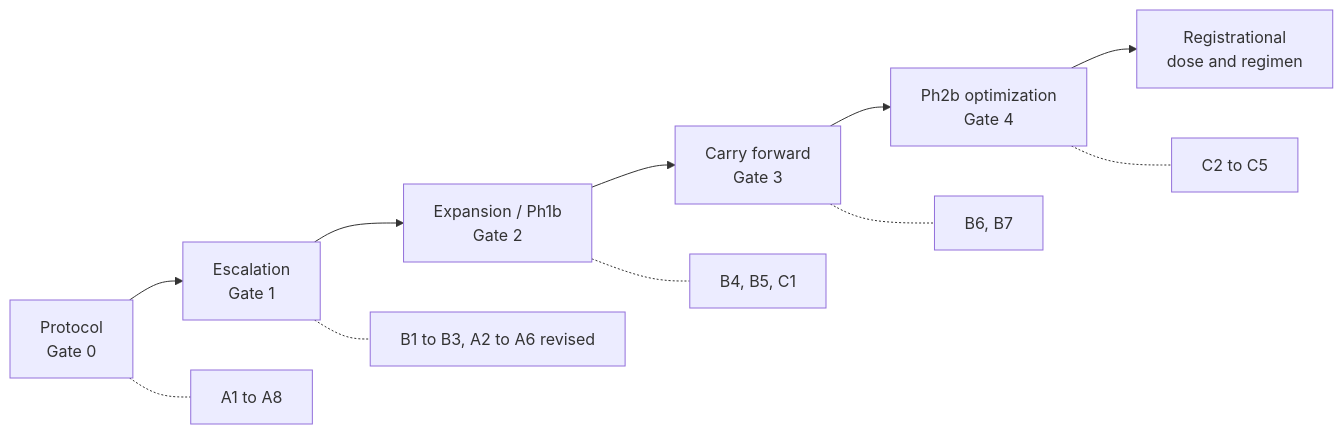
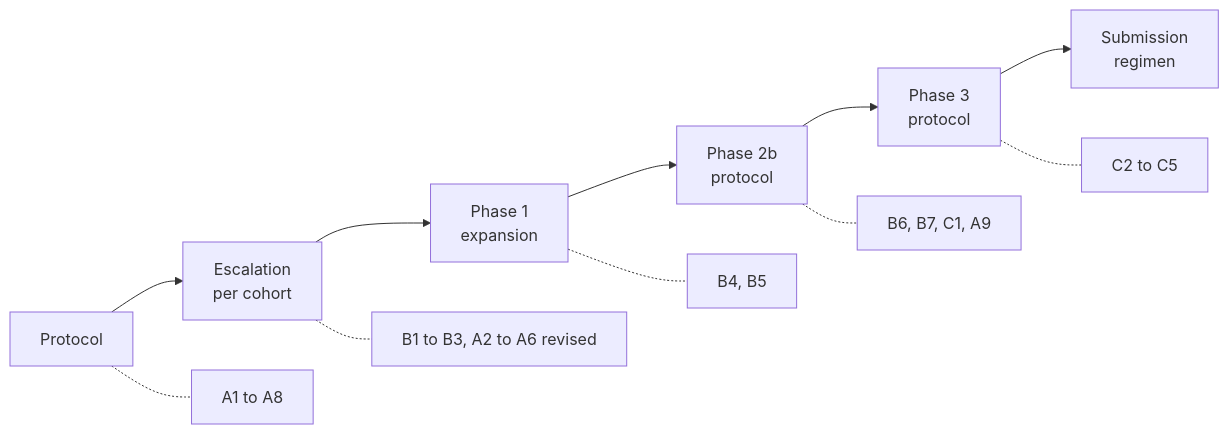
Before and after one commit to iamstein/TrinityMetrics: the diagram in projects/tce-dose-finding-strategy/specification.qmd, drawn with Mermaid. The commit also changed other lines of this file and 7 other files, not shown here.

````diff
--- a/projects/tce-dose-finding-strategy/specification.qmd
+++ b/projects/tce-dose-finding-strategy/specification.qmd
@@ -324,13 +329,13 @@
 ```{mermaid}
 flowchart LR
-    P["Protocol<br/>Gate 0"] --> E["Escalation<br/>Gate 1"]
-    E --> X["Expansion / Ph1b<br/>Gate 2"]
-    X --> C["Carry forward<br/>Gate 3"]
-    C --> O["Ph2b optimization<br/>Gate 4"]
-    O --> R["Registrational<br/>dose and regimen"]
+    P["Protocol"] --> E["Escalation<br/>per cohort"]
+    E --> X["Phase 1<br/>expansion"]
+    X --> T["Phase 2b<br/>protocol"]
+    T --> H["Phase 3<br/>protocol"]
+    H --> S["Submission<br/>regimen"]
     P -.- PA["A1 to A8"]
     E -.- EA["B1 to B3, A2 to A6 revised"]
-    X -.- XA["B4, B5, C1"]
-    C -.- CA["B6, B7"]
-    O -.- OA["C2 to C5"]
+    X -.- XA["B4, B5"]
+    T -.- TA["B6, B7, C1, A9"]
+    H -.- HA["C2 to C5"]
 ```
````
